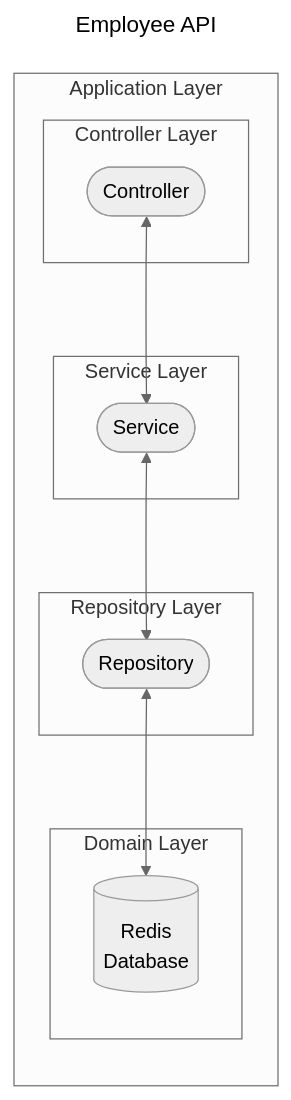
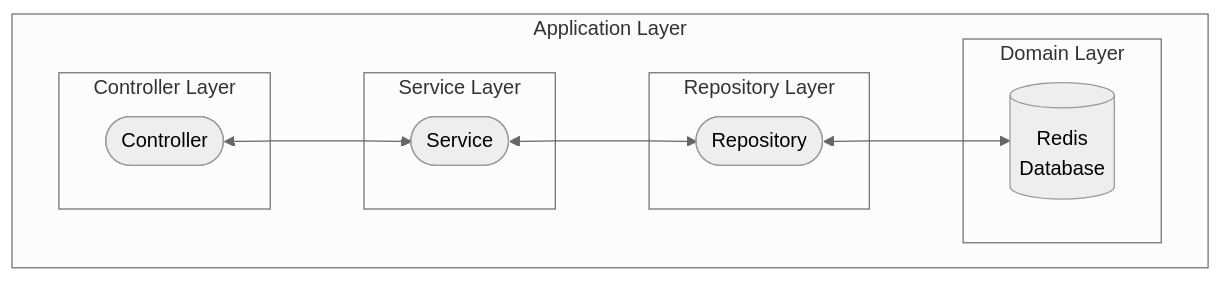
One commit to crigraiba/kotlin-workshops changed the diagram in redis-workshop/README.md. Above: the diagram before and after it, drawn with Mermaid (neutral theme). The commit also changed other lines of this file and 7 other files, not shown here.

````diff
--- a/redis-workshop/README.md
+++ b/redis-workshop/README.md
@@ -3,22 +11,19 @@
 ```mermaid
----
-title: Employee API
----
-flowchart LR
+flowchart
     subgraph Application Layer
         subgraph Controller Layer
             controller(["Controller"])
         end
         subgraph Service Layer
             service(["Service"])
         end
         subgraph Repository Layer
             repository(["Repository"])
         end
         subgraph Domain Layer
             domain[("`Redis
             Database`")]
         end
     end
     controller <--> service <--> repository <--> domain
 ```
````
